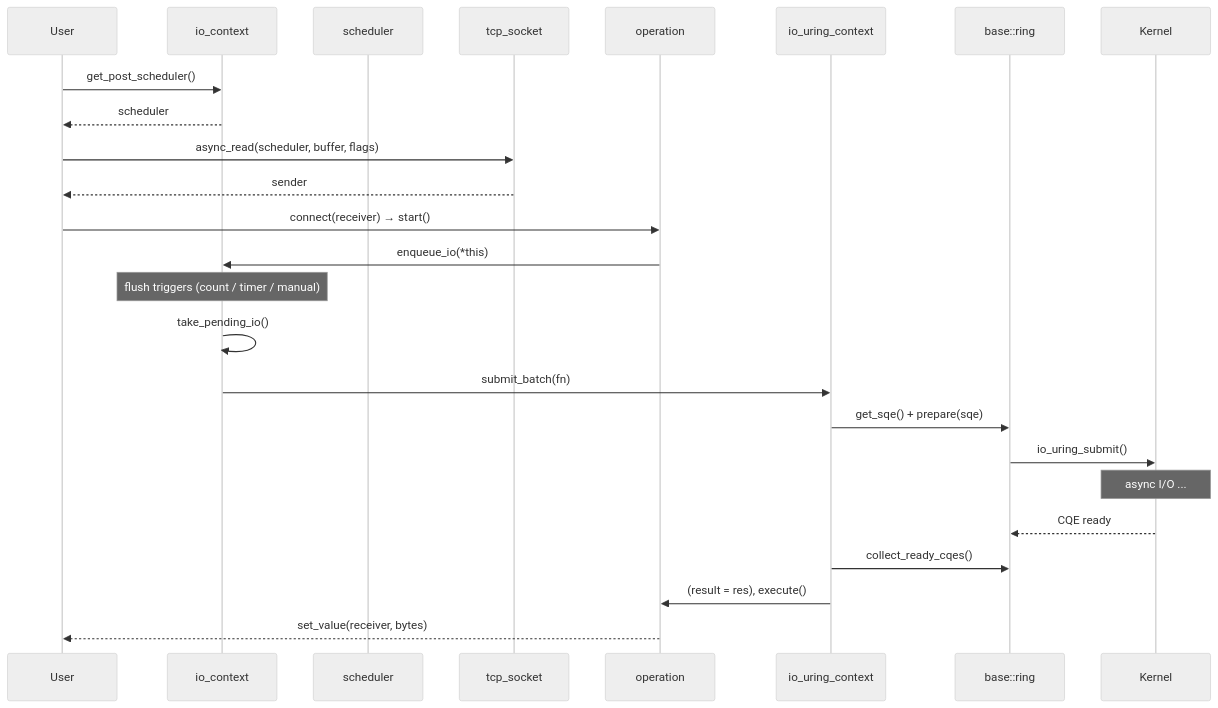
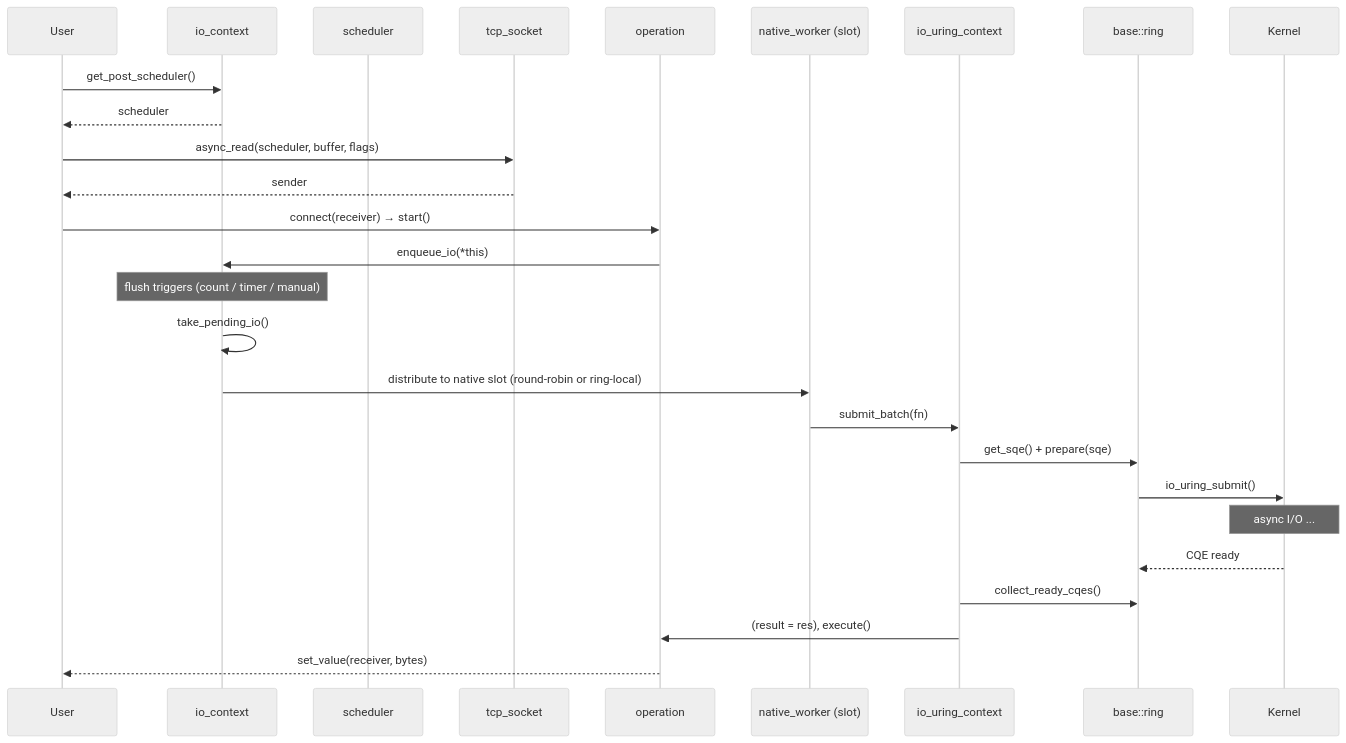
One commit to haomingbai/bnio changed the third of 3 diagrams in docs/design/architecture/io-context-layer.md. Above: the diagram before and after it, drawn with Mermaid (neutral theme). The commit also changed other lines of this file and 12 other files, not shown here.

````diff
--- a/docs/design/architecture/io-context-layer.md
+++ b/docs/design/architecture/io-context-layer.md
@@ -184,32 +187,34 @@
 ```mermaid
 sequenceDiagram
     participant User
     participant Ctx as io_context
     participant S as scheduler
     participant Stream as tcp_socket
     participant Op as operation
+    participant Worker as native_worker (slot)
     participant UCtx as io_uring_context
     participant Ring as base::ring
     participant K as Kernel
 
     User->>Ctx: get_post_scheduler()
     Ctx-->>User: scheduler
     User->>Stream: async_read(scheduler, buffer, flags)
     Stream-->>User: sender
 
     User->>Op: connect(receiver) → start()
     Op->>Ctx: enqueue_io(*this)
 
     Note over Ctx: flush triggers (count / timer / manual)
     Ctx->>Ctx: take_pending_io()
-    Ctx->>UCtx: submit_batch(fn)
+    Ctx->>Worker: distribute to native slot (round-robin or ring-local)
+    Worker->>UCtx: submit_batch(fn)
     UCtx->>Ring: get_sqe() + prepare(sqe)
     Ring->>K: io_uring_submit()
 
     Note over K: async I/O ...
 
     K-->>Ring: CQE ready
     UCtx->>Ring: collect_ready_cqes()
     UCtx->>Op: (result = res), execute()
     Op-->>User: set_value(receiver, bytes)
 ```
````
